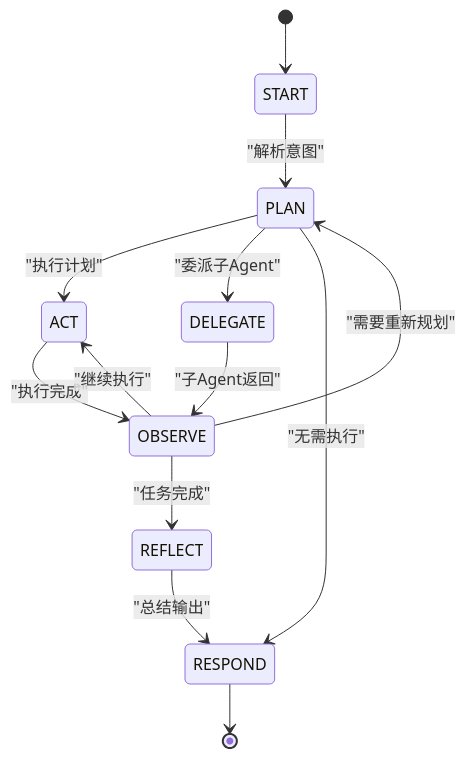
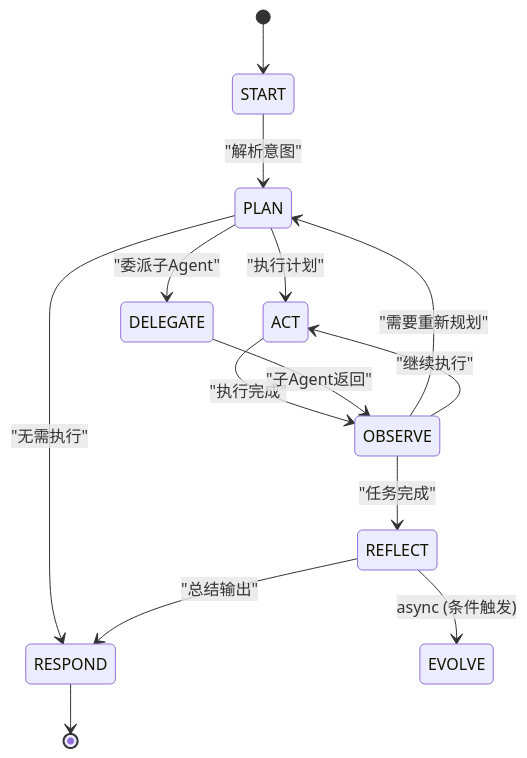
One commit to GoatGit/semibot changed the first of 3 diagrams in docs/design/AGENT_RUNTIME.md. Above: the diagram before and after it, drawn with Mermaid. The commit also changed other lines of this file and 74 other files, not shown here.

````diff
--- a/docs/design/AGENT_RUNTIME.md
+++ b/docs/design/AGENT_RUNTIME.md
@@ -23,20 +23,21 @@
 ```mermaid
 stateDiagram-v2
     [*] --> START
     START --> PLAN : "解析意图"
     
     PLAN --> ACT : "执行计划"
     PLAN --> DELEGATE : "委派子Agent"
     PLAN --> RESPOND : "无需执行"
     
     ACT --> OBSERVE : "执行完成"
     DELEGATE --> OBSERVE : "子Agent返回"
     
     OBSERVE --> PLAN : "需要重新规划"
     OBSERVE --> ACT : "继续执行"
     OBSERVE --> REFLECT : "任务完成"
     
     REFLECT --> RESPOND : "总结输出"
-    
+    REFLECT --> EVOLVE : async (条件触发)
+
     RESPOND --> [*]
 ```
````
